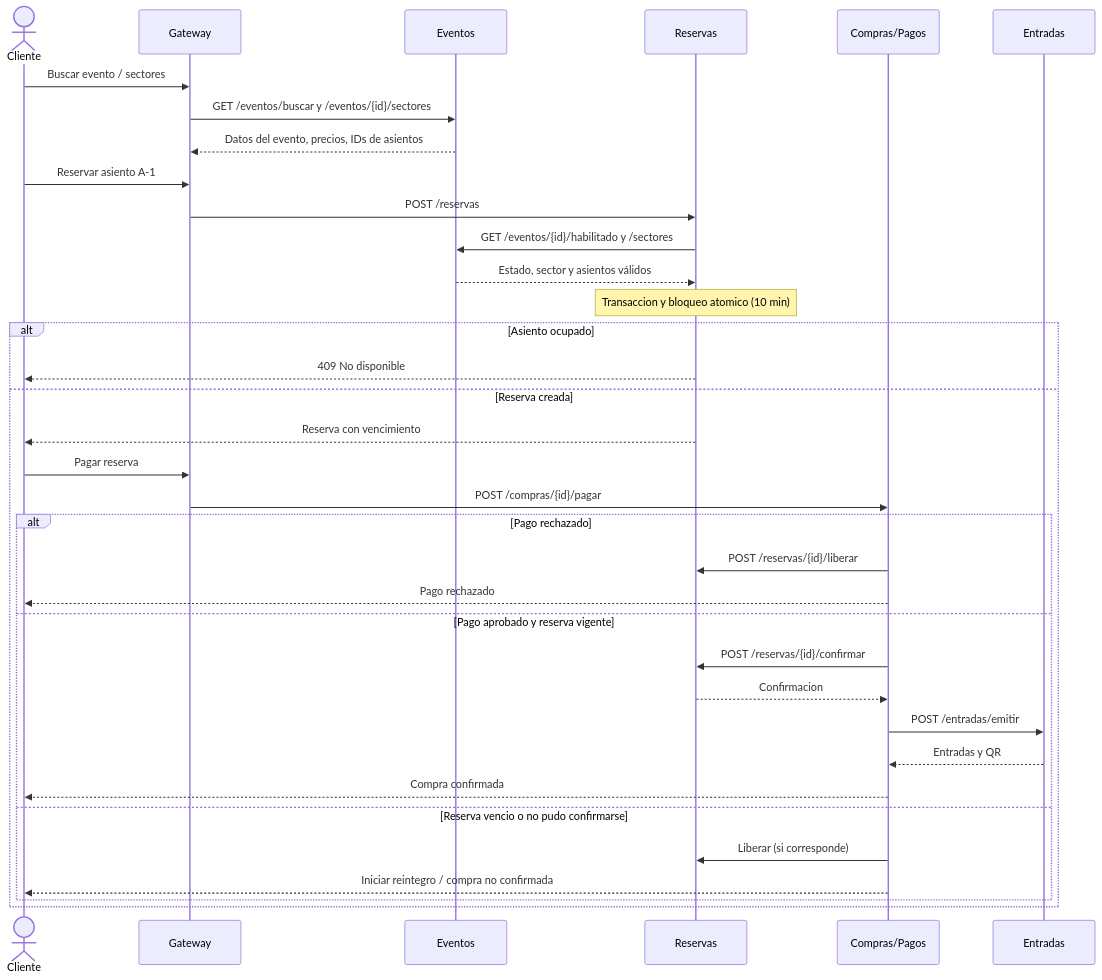
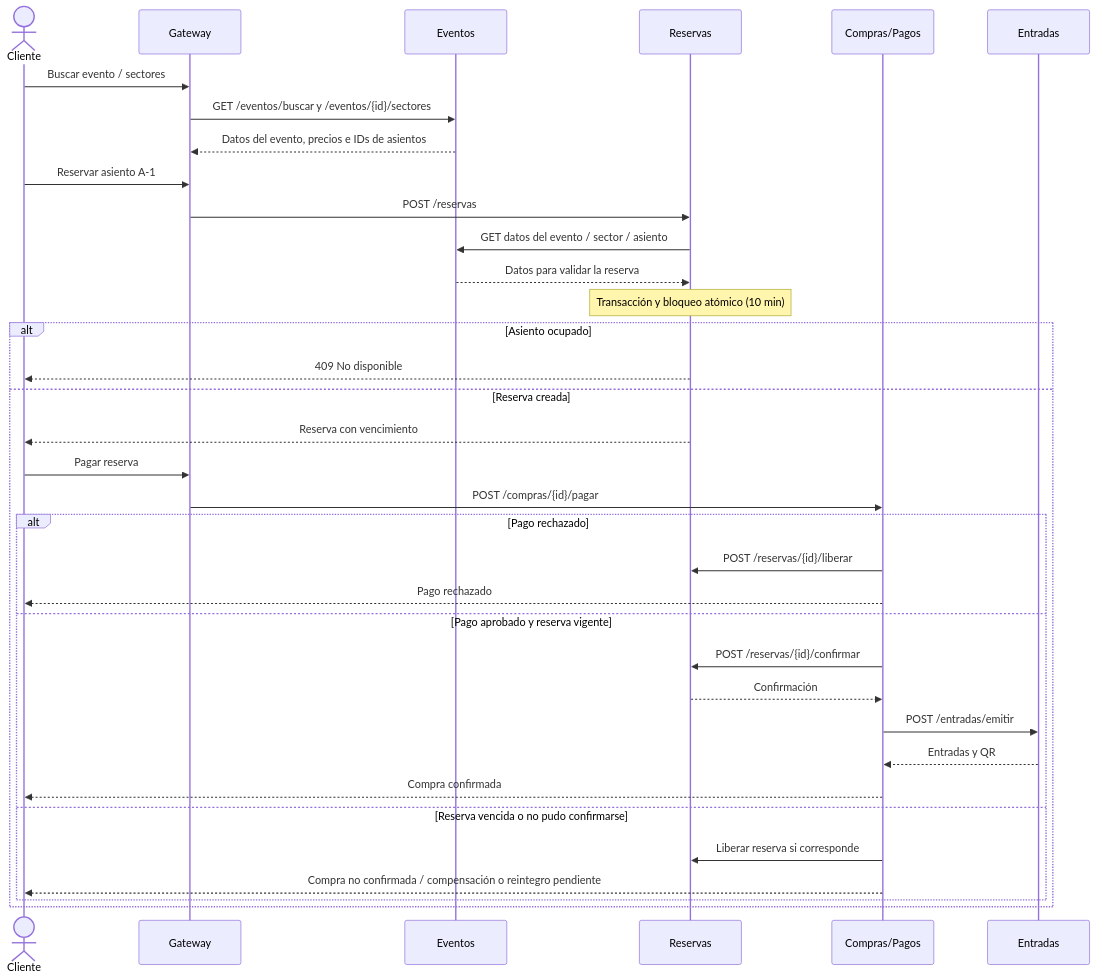
Before and after one commit to LuliDiNucci/arquitecturasGrupo12: the second of 3 diagrams in TPE-micro1/msvc-eventosylugares/docs/02-ARQUITECTURA-Y-DIAGRAMAS.md, drawn with Mermaid. The commit also changed other lines of this file and 6 other files, not shown here.

Commit message:
referencias de integracion msvc eventos y lugares y readme reserva

````diff
--- a/TPE-micro1/msvc-eventosylugares/docs/02-ARQUITECTURA-Y-DIAGRAMAS.md
+++ b/TPE-micro1/msvc-eventosylugares/docs/02-ARQUITECTURA-Y-DIAGRAMAS.md
@@ -29,37 +38,43 @@
 ```mermaid
 sequenceDiagram
   actor Cliente
   participant GW as Gateway
   participant E as Eventos
   participant R as Reservas
   participant C as Compras/Pagos
   participant T as Entradas
+
   Cliente->>GW: Buscar evento / sectores
   GW->>E: GET /eventos/buscar y /eventos/{id}/sectores
-  E-->>GW: Datos del evento, precios, IDs de asientos
+  E-->>GW: Datos del evento, precios e IDs de asientos
+
   Cliente->>GW: Reservar asiento A-1
   GW->>R: POST /reservas
-  R->>E: GET /eventos/{id}/habilitado y /sectores
-  E-->>R: Estado, sector y asientos válidos
-  Note over R: Transaccion y bloqueo atomico (10 min)
+  R->>E: GET datos del evento / sector / asiento
+  E-->>R: Datos para validar la reserva
+
+  Note over R: Transacción y bloqueo atómico (10 min)
+
   alt Asiento ocupado
     R-->>Cliente: 409 No disponible
   else Reserva creada
     R-->>Cliente: Reserva con vencimiento
+
     Cliente->>GW: Pagar reserva
     GW->>C: POST /compras/{id}/pagar
+
     alt Pago rechazado
       C->>R: POST /reservas/{id}/liberar
       C-->>Cliente: Pago rechazado
     else Pago aprobado y reserva vigente
       C->>R: POST /reservas/{id}/confirmar
-      R-->>C: Confirmacion
+      R-->>C: Confirmación
       C->>T: POST /entradas/emitir
       T-->>C: Entradas y QR
       C-->>Cliente: Compra confirmada
-    else Reserva vencio o no pudo confirmarse
-      C->>R: Liberar (si corresponde)
-      C-->>Cliente: Iniciar reintegro / compra no confirmada
+    else Reserva vencida o no pudo confirmarse
+      C->>R: Liberar reserva si corresponde
+      C-->>Cliente: Compra no confirmada / compensación o reintegro pendiente
     end
   end
 ```
````
